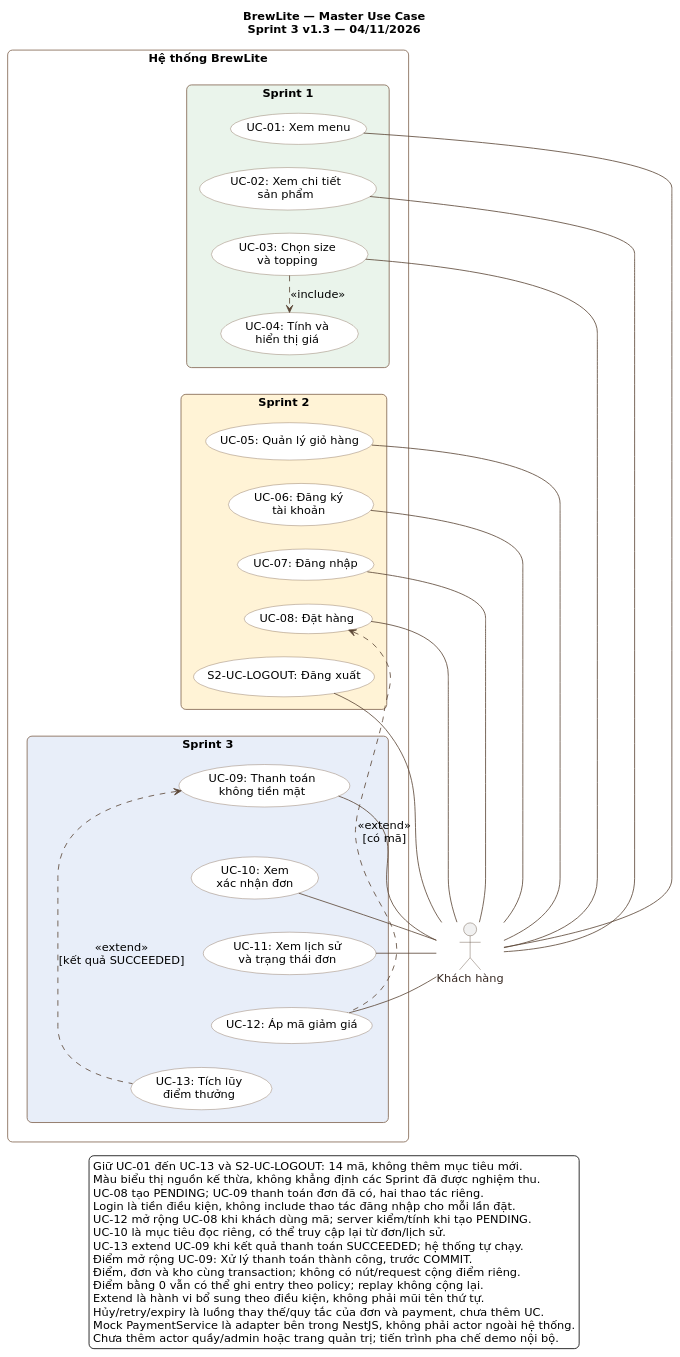
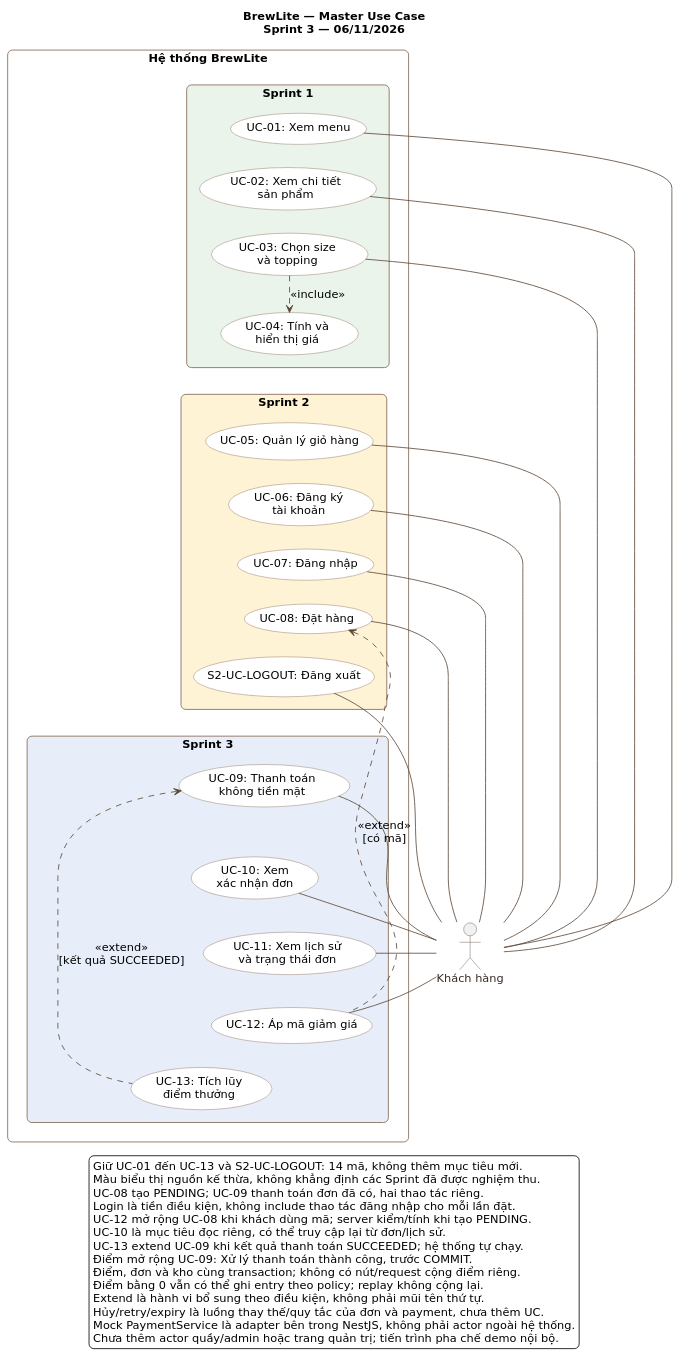
The diagram in docs/diagrams/sprint3/master-use-case.puml (giabaot400-boop/BrewLite), drawn with PlantUML before and after one commit. The commit also changed 49 other files, not shown here.

```diff
--- a/docs/diagrams/sprint3/master-use-case.puml
+++ b/docs/diagrams/sprint3/master-use-case.puml
@@ -1,98 +1,98 @@
 @startuml master-use-case-sprint3
 skinparam defaultFontName DejaVu Sans
 skinparam defaultFontSize 14
 skinparam shadowing false
 skinparam backgroundColor #FFFFFF
 skinparam ArrowColor #5B4636
 skinparam roundcorner 12
 skinparam packageStyle rectangle
 skinparam noteBackgroundColor #FFF6DA
 skinparam noteBorderColor #B89551
 skinparam actorBorderColor #5B4636
 skinparam actorFontColor #382A23
 skinparam rectangleBorderColor #80644F
 skinparam usecaseBorderColor #80644F
 skinparam entityBorderColor #80644F
 skinparam activityBorderColor #80644F
 skinparam activityBackgroundColor #F9F2E9
 skinparam activityDiamondBackgroundColor #FFF6DA
 skinparam activityDiamondBorderColor #80644F
 skinparam swimlaneBorderColor #C9B9A9
 top to bottom direction
-title BrewLite — Master Use Case\nSprint 3 v1.3 — 04/11/2026
+title BrewLite — Master Use Case\nSprint 3 — 06/11/2026
 skinparam usecaseBackgroundColor #FFFFFF
 skinparam nodesep 22
 skinparam ranksep 28
 
 actor "Khách hàng" as Customer
 
 rectangle "Hệ thống BrewLite" {
   package "Sprint 1" as S1 #EAF4EB {
     usecase "UC-01: Xem menu" as UC01
     usecase "UC-02: Xem chi tiết\nsản phẩm" as UC02
     usecase "UC-03: Chọn size\nvà topping" as UC03
     usecase "UC-04: Tính và\nhiển thị giá" as UC04
   }
   package "Sprint 2" as S2 #FFF3D6 {
     usecase "UC-05: Quản lý giỏ hàng" as UC05
     usecase "UC-06: Đăng ký\ntài khoản" as UC06
     usecase "UC-07: Đăng nhập" as UC07
     usecase "UC-08: Đặt hàng" as UC08
     usecase "S2-UC-LOGOUT: Đăng xuất" as Logout
   }
   package "Sprint 3" as S3 #E8EEF9 {
     usecase "UC-09: Thanh toán\nkhông tiền mặt" as UC09
     usecase "UC-10: Xem\nxác nhận đơn" as UC10
     usecase "UC-11: Xem lịch sử\nvà trạng thái đơn" as UC11
     usecase "UC-12: Áp mã giảm giá" as UC12
     usecase "UC-13: Tích lũy\nđiểm thưởng" as UC13
   }
 }
 
 Customer -left- UC01
 Customer -left- UC02
 Customer -left- UC03
 Customer -left- UC05
 Customer -left- UC06
 Customer -left- UC07
 Customer -left- UC08
 Customer -left- Logout
 Customer -left- UC09
 Customer -left- UC10
 Customer -left- UC11
 Customer -left- UC12
 
 UC03 .down.> UC04 : <<include>>
 UC12 .up.> UC08 : <<extend>>\n[có mã]
 UC13 .left.> UC09 : <<extend>>\n[kết quả SUCCEEDED]
 UC04 -[hidden]down-> UC05
 Logout -[hidden]down-> UC09
 UC01 -[hidden]down-> UC02
 UC02 -[hidden]down-> UC03
 UC05 -[hidden]down-> UC06
 UC06 -[hidden]down-> UC07
 UC07 -[hidden]down-> UC08
 UC08 -[hidden]down-> Logout
 UC09 -[hidden]down-> UC10
 UC10 -[hidden]down-> UC11
 UC11 -[hidden]down-> UC12
 UC12 -[hidden]down-> UC13
 
 legend bottom
   Giữ UC-01 đến UC-13 và S2-UC-LOGOUT: 14 mã, không thêm mục tiêu mới.
   Màu biểu thị nguồn kế thừa, không khẳng định các Sprint đã được nghiệm thu.
   UC-08 tạo PENDING; UC-09 thanh toán đơn đã có, hai thao tác riêng.
   Login là tiền điều kiện, không include thao tác đăng nhập cho mỗi lần đặt.
   UC-12 mở rộng UC-08 khi khách dùng mã; server kiểm/tính khi tạo PENDING.
   UC-10 là mục tiêu đọc riêng, có thể truy cập lại từ đơn/lịch sử.
   UC-13 extend UC-09 khi kết quả thanh toán SUCCEEDED; hệ thống tự chạy.
   Điểm mở rộng UC-09: Xử lý thanh toán thành công, trước COMMIT.
   Điểm, đơn và kho cùng transaction; không có nút/request cộng điểm riêng.
   Điểm bằng 0 vẫn có thể ghi entry theo policy; replay không cộng lại.
   Extend là hành vi bổ sung theo điều kiện, không phải mũi tên thứ tự.
   Hủy/retry/expiry là luồng thay thế/quy tắc của đơn và payment, chưa thêm UC.
   Mock PaymentService là adapter bên trong NestJS, không phải actor ngoài hệ thống.
   Chưa thêm actor quầy/admin hoặc trang quản trị; tiến trình pha chế demo nội bộ.
 endlegend
 
 @enduml
```
